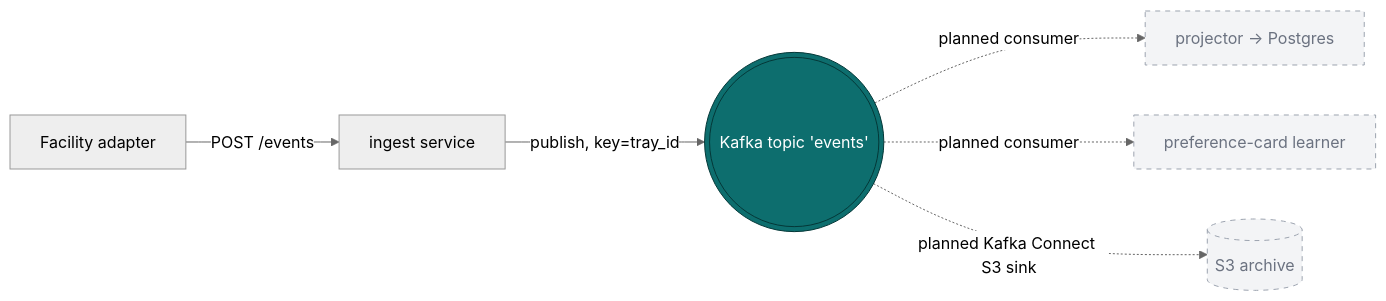
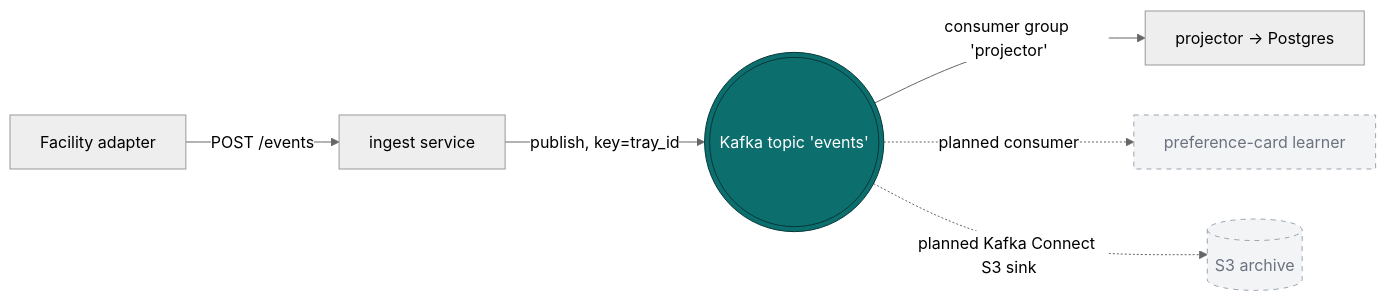
One commit to caverac/instrument-sterilization-logistics changed the diagram in ui/docs/docs/services/ingest.md. Above: the diagram before and after it, drawn with Mermaid (neutral theme). The commit also changed other lines of this file and 41 other files, not shown here.

````diff
--- a/ui/docs/docs/services/ingest.md
+++ b/ui/docs/docs/services/ingest.md
@@ -26,13 +26,13 @@
 ```mermaid
 flowchart LR
     A[Facility adapter] -->|POST /events| I[ingest service]
     I -->|publish, key=tray_id| K(((Kafka topic 'events')))
-    K -.->|planned consumer| P[projector -> Postgres]
+    K -->|consumer group 'projector'| P[projector -> Postgres]
     K -.->|planned consumer| L[preference-card learner]
     K -.->|planned Kafka Connect S3 sink| S3[(S3 archive)]
 
     classDef bus fill:#0d6e6e,stroke:#053838,color:#fff
     classDef planned fill:#f3f4f6,stroke:#9ca3af,color:#6b7280,stroke-dasharray:5 5
     class K bus
-    class P,L,S3 planned
+    class L,S3 planned
 ```
````
